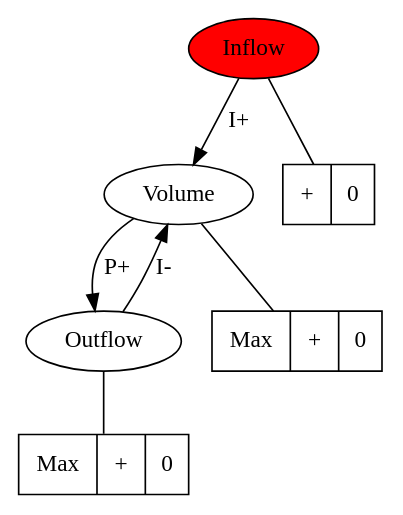
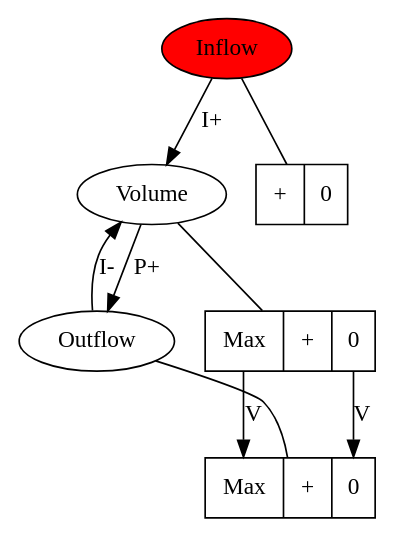
The diagram in causal_model.dot (tycho01/qualitative-reasoning), drawn with Graphviz before and after one commit. The commit also changed 1 other file, not shown here.

```diff
--- a/causal_model.dot
+++ b/causal_model.dot
@@ -1,56 +1,58 @@
 digraph SINK
 {
     //Quantities
     Inflow [style=filled fillcolor=red];
     Volume;
     Outflow;
     // Pressure;
     // Height;
 
     // Magnitudes of Quantities
     mag_i [shape=record, label="<f0> +|<f1> 0"];
     mag_v [shape=record,label="<f0> Max|<f1> +|<f2> 0"];
     mag_o [shape=record,label="<f0> Max|<f1> +|<f2> 0"];
     // mag_p [shape=record,label="<f0> Max|<f1> +|<f2> 0"];
     // mag_h [shape=record,label="<f0> Max|<f1> +|<f2> 0"];
 
     // Derivatives of Quantities
     // der_i [shape=circle label="+\n0\n-"];
     // der_v [shape=circle label="+\n0\n-"];
     // der_o [shape=circle label="+\n0\n-"];
     // der_p [shape=circle label="+\n0\n-"];
     // der_h [shape=circle label="+\n0\n-"];
 
     // For Undirected Edges
     subgraph SG1
     {
         edge [dir=none]
 
         Inflow -> mag_i; 
         Volume -> mag_v; 
         Outflow -> mag_o; 
         // Pressure -> mag_p; 
         // Height -> mag_h;
 
         // Inflow -> der_i;
         // Volume -> der_v;
         // Outflow -> der_o;
         // Pressure -> der_p;
         // Height -> der_h;
     }
 
     // For Directed Edges
     subgraph SG2
     {
         Inflow -> Volume [label="I+"];
         Outflow -> Volume [label="I-"];
         Volume -> Outflow [label="P+"];
+        mag_v : f0 -> mag_o : f0 [label="V"]
+        mag_v : f2 -> mag_o : f2 [label="V"]
         // Volume -> Height [label="P+"];
         // Height -> Pressure [label="P+"];
         // Pressure -> Outflow [label="P+"];
     
         // mag_v: f0 -> mag_h : f0 [label="V"]; mag_v: f2 -> mag_h : f2 [label="V"];
         // mag_h: f0 -> mag_p : f0 [label="V"]; mag_h: f2 -> mag_p : f2 [label="V"];
         // mag_p: f0 -> mag_o : f0 [label="V"]; mag_p: f2 -> mag_o : f2 [label="V"];
     }
 }
```
